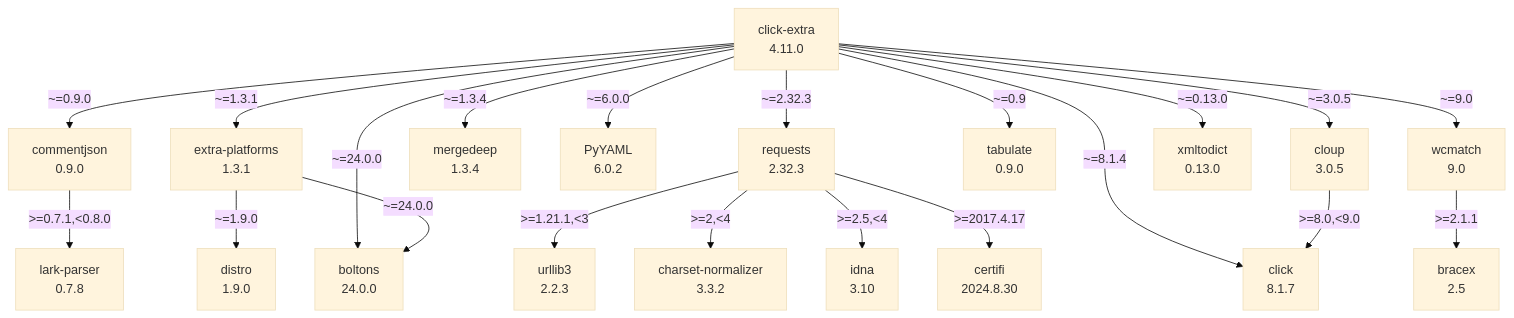
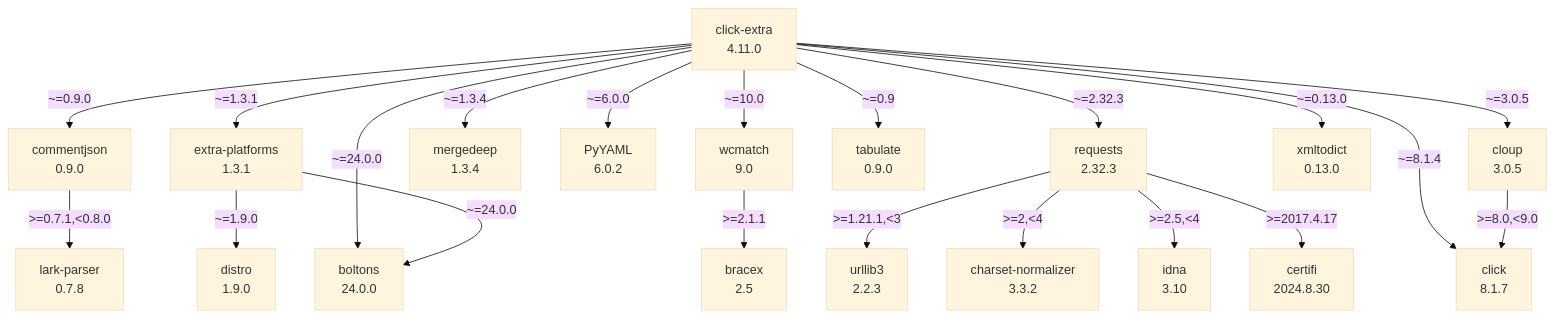
One commit to kdeldycke/click-extra changed the diagram in docs/assets/dependencies.mmd. Above: the diagram before and after it, drawn with Mermaid (base theme).

Commit message:
[autofix] Regenerate dependency graph

```diff
--- a/docs/assets/dependencies.mmd
+++ b/docs/assets/dependencies.mmd
@@ -1,41 +1,41 @@
 flowchart TD
     classDef missing stroke-dasharray: 5
     boltons["boltons\n24.0.0"]
     bracex["bracex\n2.5"]
     certifi["certifi\n2024.8.30"]
     charset-normalizer["charset-normalizer\n3.3.2"]
     click-extra["click-extra\n4.11.0"]
     click_0["click\n8.1.7"]
     cloup["cloup\n3.0.5"]
     commentjson["commentjson\n0.9.0"]
     distro["distro\n1.9.0"]
     extra-platforms["extra-platforms\n1.3.1"]
     idna["idna\n3.10"]
     lark-parser["lark-parser\n0.7.8"]
     mergedeep["mergedeep\n1.3.4"]
     pyyaml["PyYAML\n6.0.2"]
     requests["requests\n2.32.3"]
     tabulate["tabulate\n0.9.0"]
     urllib3["urllib3\n2.2.3"]
     wcmatch["wcmatch\n9.0"]
     xmltodict["xmltodict\n0.13.0"]
     click-extra -- "~=0.13.0" --> xmltodict
     click-extra -- "~=0.9" --> tabulate
     click-extra -- "~=0.9.0" --> commentjson
     click-extra -- "~=1.3.1" --> extra-platforms
     click-extra -- "~=1.3.4" --> mergedeep
+    click-extra -- "~=10.0" --> wcmatch
     click-extra -- "~=2.32.3" --> requests
     click-extra -- "~=24.0.0" --> boltons
     click-extra -- "~=3.0.5" --> cloup
     click-extra -- "~=6.0.0" --> pyyaml
     click-extra -- "~=8.1.4" --> click_0
-    click-extra -- "~=9.0" --> wcmatch
     cloup -- ">=8.0,<9.0" --> click_0
     commentjson -- ">=0.7.1,<0.8.0" --> lark-parser
     extra-platforms -- "~=1.9.0" --> distro
     extra-platforms -- "~=24.0.0" --> boltons
     requests -- ">=1.21.1,<3" --> urllib3
     requests -- ">=2,<4" --> charset-normalizer
     requests -- ">=2.5,<4" --> idna
     requests -- ">=2017.4.17" --> certifi
     wcmatch -- ">=2.1.1" --> bracex
```
